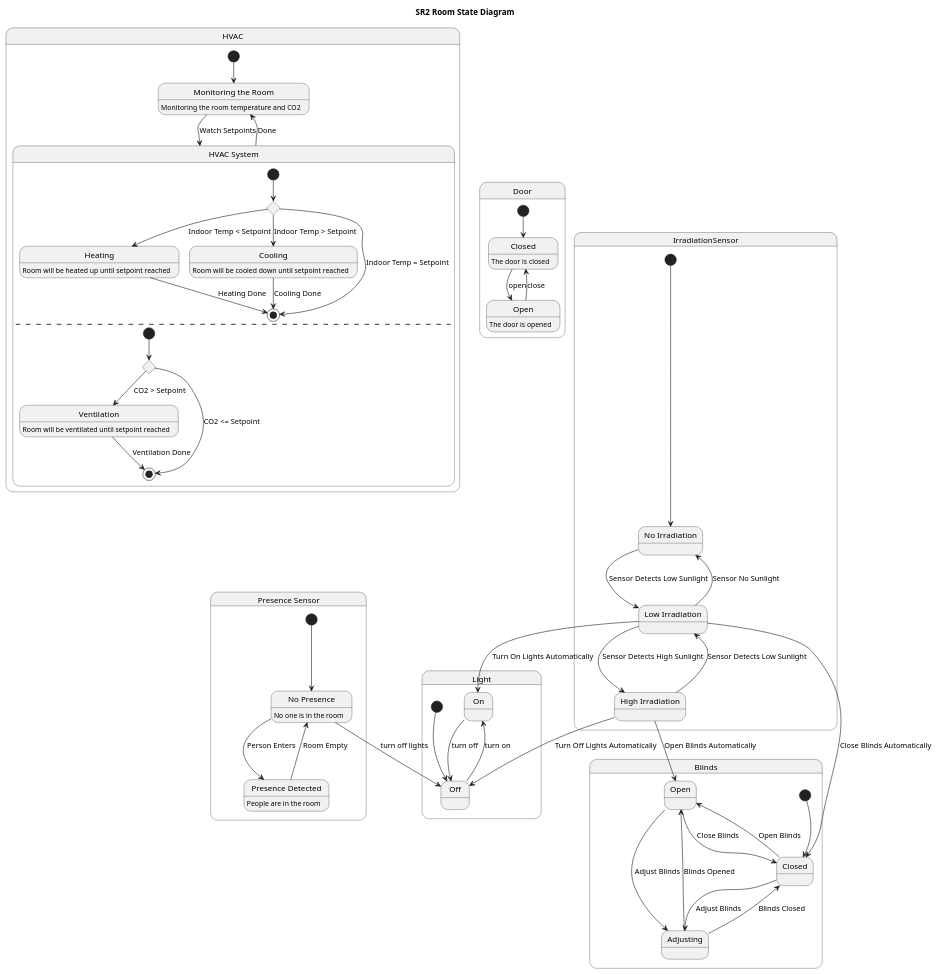
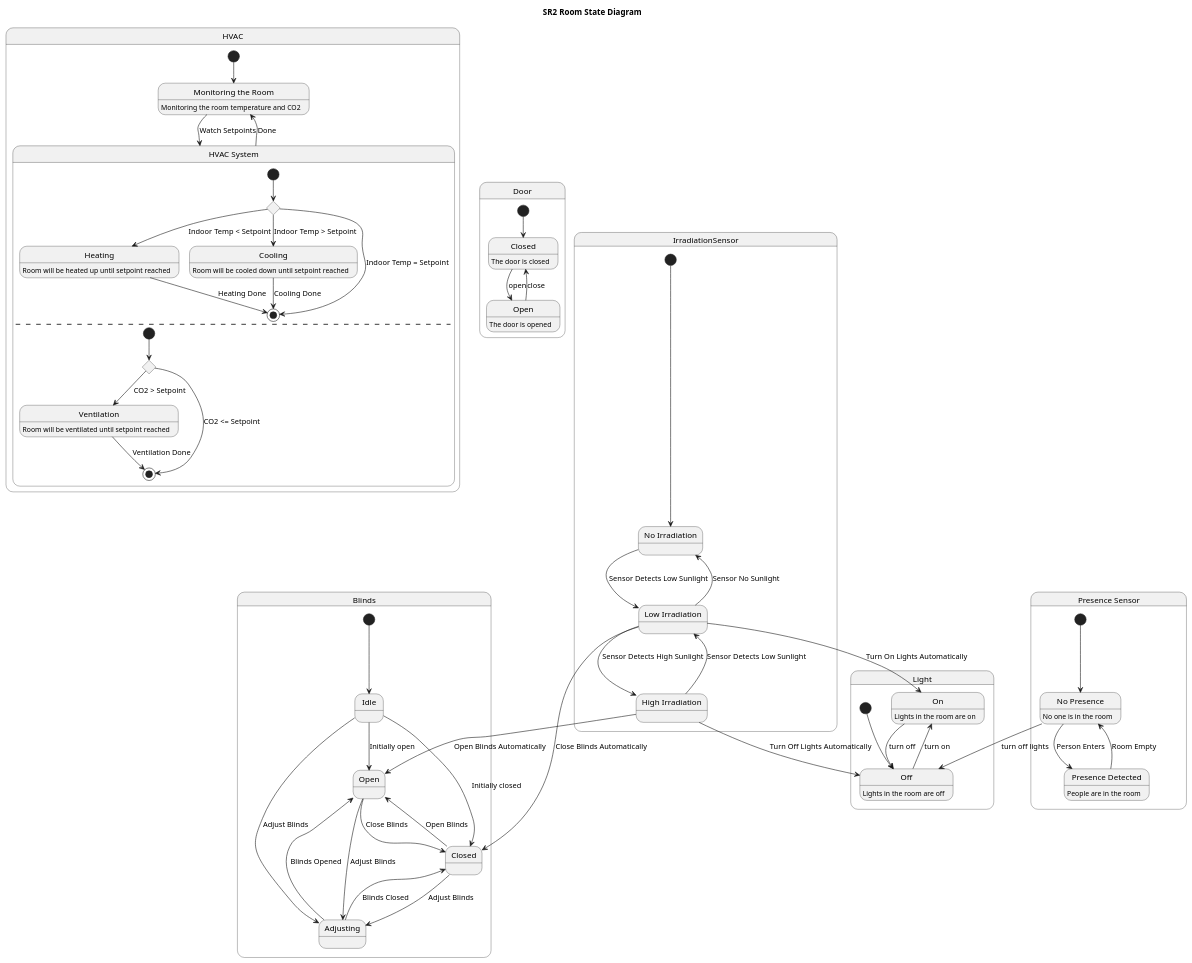
Before and after one commit to stefanpenzinger/hba-project: the diagram in knx/SR2-room-state-diagram.puml, drawn with PlantUML.

Commit message:
Update labels

```diff
--- a/knx/SR2-room-state-diagram.puml
+++ b/knx/SR2-room-state-diagram.puml
@@ -1,99 +1,104 @@
 @startuml
 title SR2 Room State Diagram
 
 state "Blinds" as blinds {
+    state "Idle" as blinds_idle
     state "Open" as blinds_open
     state "Closed" as blinds_closed
     state "Adjusting" as blinds_adjusting
 
-    [*] --> blinds_closed
+    [*] --> blinds_idle
+    blinds_idle --> blinds_closed : Initially closed
+    blinds_idle --> blinds_open : Initially open
+    blinds_idle --> blinds_adjusting : Adjust Blinds
+
     blinds_closed --> blinds_open : Open Blinds
     blinds_open --> blinds_closed : Close Blinds
     blinds_open --> blinds_adjusting : Adjust Blinds
     blinds_closed --> blinds_adjusting : Adjust Blinds
     blinds_adjusting --> blinds_open : Blinds Opened
     blinds_adjusting --> blinds_closed : Blinds Closed
 }
 
 state "IrradiationSensor" as irradiation_sensor {
     state "No Irradiation" as no_irradiation
     state "Low Irradiation" as low_irradiation
     state "High Irradiation" as high_irradiation
 
     [*] --> no_irradiation
     no_irradiation --> low_irradiation : Sensor Detects Low Sunlight
     low_irradiation --> high_irradiation : Sensor Detects High Sunlight
     low_irradiation --> no_irradiation : Sensor No Sunlight
     high_irradiation --> low_irradiation : Sensor Detects Low Sunlight
 }
 
 irradiation_sensor.low_irradiation --> lights.light_on : Turn On Lights Automatically
 irradiation_sensor.low_irradiation --> blinds.blinds_closed : Close Blinds Automatically
 irradiation_sensor.high_irradiation --> lights.light_off : Turn Off Lights Automatically
 irradiation_sensor.high_irradiation --> blinds.blinds_open : Open Blinds Automatically
 
 
 state "Light" as lights {
-    state "Off" as light_off
-    state "On" as light_on
+    state "Off" as light_off: Lights in the room are off
+    state "On" as light_on: Lights in the room are on
 
     light_off --> light_on : turn on
     light_on --> light_off : turn off
 
     [*] --> light_off
 }
 
 state "Presence Sensor" as presence {
     state "No Presence" as no_presence: No one is in the room
     state "Presence Detected" as presence_detected: People are in the room
 
     presence_detected --> no_presence : Room Empty
     no_presence --> presence_detected : Person Enters
 
     [*] --> no_presence
 }
 
 no_presence --> lights.light_off : turn off lights
 
 state "HVAC" as hvac {
     state "Monitoring the Room" as monitoring: Monitoring the room temperature and CO2
     [*] --> monitoring
     monitoring --> temperature : Watch Setpoints
 
     state "HVAC System" as temperature {
         state temperature_value <<choice>>
         state "Heating" as heating: Room will be heated up until setpoint reached
         state "Cooling" as cooling: Room will be cooled down until setpoint reached
 
         [*] --> temperature_value
         temperature_value --> heating : Indoor Temp < Setpoint
         temperature_value --> cooling : Indoor Temp > Setpoint
         temperature_value --> [*] : Indoor Temp = Setpoint
         heating --> [*]: Heating Done
         cooling --> [*]: Cooling Done
 
         --
 
         state co2_value <<choice>>
         state "Ventilation" as ventilation: Room will be ventilated until setpoint reached
         [*] --> co2_value
         co2_value --> ventilation : CO2 > Setpoint
         co2_value --> [*] : CO2 <= Setpoint
 
         ventilation --> [*]: Ventilation Done
     }
 
     temperature --> monitoring : Done
 }
 
 state "Door" as door {
     state "Closed" as door_closed: The door is closed
     state "Open" as door_open: The door is opened
 
     door_closed --> door_open : open
     door_open --> door_closed : close
 
     [*] --> door_closed
 }
 
 @enduml
```
